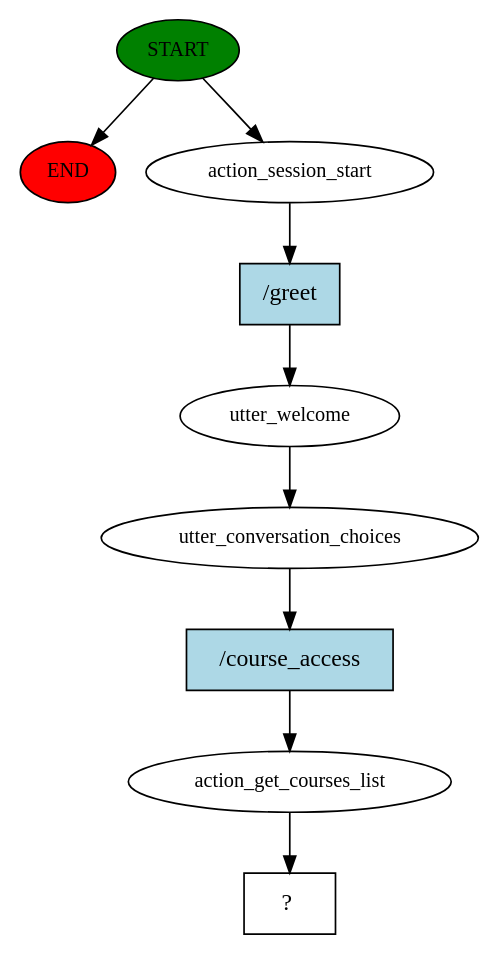
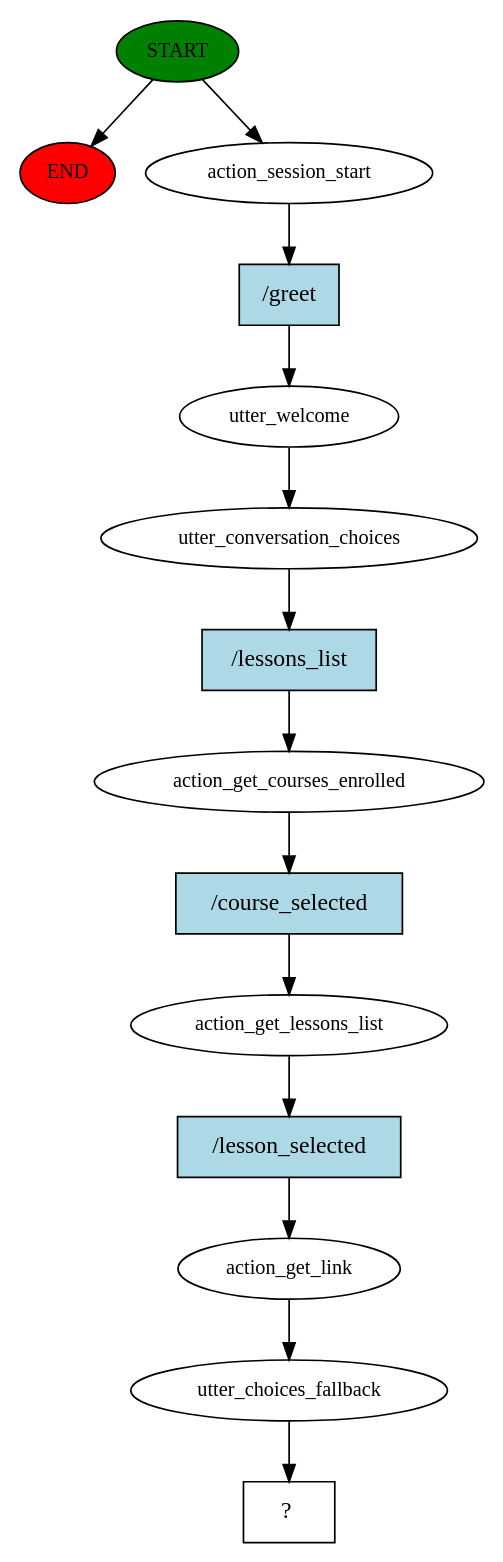
Before and after one commit to MatteoCozzolino/chatbot: the diagram in story_graph.dot, drawn with Graphviz. The commit also changed 5 other files, not shown here.

```diff
--- a/story_graph.dot
+++ b/story_graph.dot
@@ -1,19 +1,29 @@
 digraph  {
 0 [class="start active", fillcolor=green, fontsize=12, label=START, style=filled];
 "-1" [class=end, fillcolor=red, fontsize=12, label=END, style=filled];
 1 [class=active, fontsize=12, label=action_session_start];
 2 [class=active, fontsize=12, label=utter_welcome];
 3 [class=active, fontsize=12, label=utter_conversation_choices];
-4 [class=active, fontsize=12, label=action_get_courses_list];
-5 [class="intent dashed active", label="  ?  ", shape=rect];
-6 [class="intent active", fillcolor=lightblue, label="/greet", shape=rect, style=filled];
-7 [class="intent active", fillcolor=lightblue, label="/course_access", shape=rect, style=filled];
+4 [class=active, fontsize=12, label=action_get_courses_enrolled];
+5 [class=active, fontsize=12, label=action_get_lessons_list];
+6 [class=active, fontsize=12, label=action_get_link];
+7 [class=active, fontsize=12, label=utter_choices_fallback];
+8 [class="intent dashed active", label="  ?  ", shape=rect];
+9 [class="intent active", fillcolor=lightblue, label="/greet", shape=rect, style=filled];
+10 [class="intent active", fillcolor=lightblue, label="/lessons_list", shape=rect, style=filled];
+11 [class="intent active", fillcolor=lightblue, label="/course_selected", shape=rect, style=filled];
+12 [class="intent active", fillcolor=lightblue, label="/lesson_selected", shape=rect, style=filled];
 0 -> "-1"  [class="", key=NONE, label=""];
 0 -> 1  [class=active, key=NONE, label=""];
-1 -> 6  [class=active, key=0];
+1 -> 9  [class=active, key=0];
 2 -> 3  [class=active, key=NONE, label=""];
-3 -> 7  [class=active, key=0];
-4 -> 5  [class=active, key=NONE, label=""];
-6 -> 2  [class=active, key=0];
-7 -> 4  [class=active, key=0];
+3 -> 10  [class=active, key=0];
+4 -> 11  [class=active, key=0];
+5 -> 12  [class=active, key=0];
+6 -> 7  [class=active, key=NONE, label=""];
+7 -> 8  [class=active, key=NONE, label=""];
+9 -> 2  [class=active, key=0];
+10 -> 4  [class=active, key=0];
+11 -> 5  [class=active, key=0];
+12 -> 6  [class=active, key=0];
 }
```
